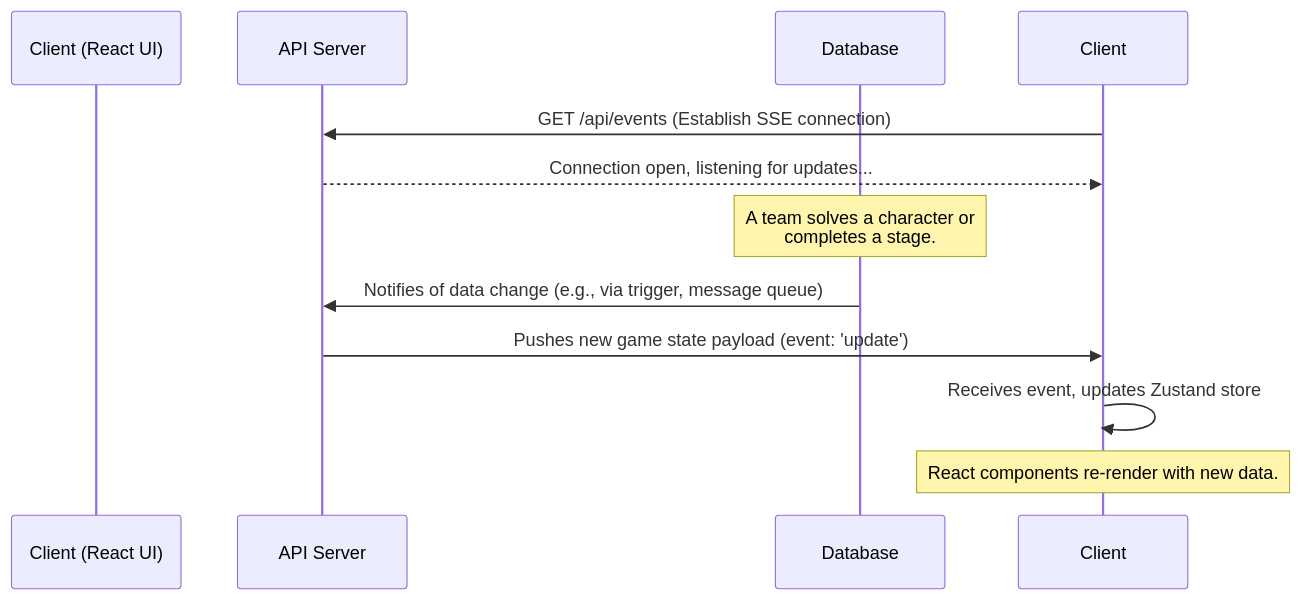
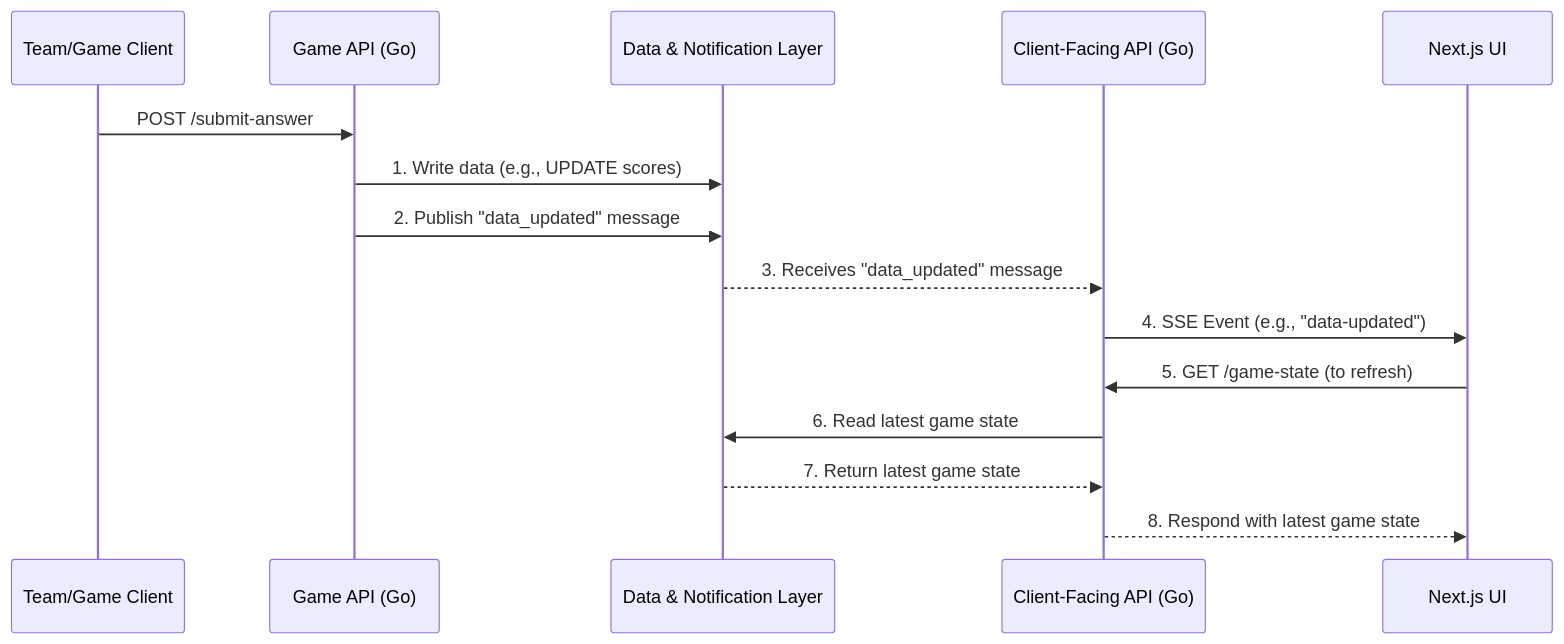
The diagram in docs/architectural_plan.md (rowanalker-bet365/guesswhoui), drawn with Mermaid before and after one commit. The commit also changed other lines of this file and 38 other files, not shown here.

Commit message:
initial-1: Team page and api fixes

````diff
--- a/docs/architectural_plan.md
+++ b/docs/architectural_plan.md
@@ -24,16 +20,18 @@
 ```mermaid
 sequenceDiagram
-    participant Client (React UI)
-    participant API Server
-    participant Database
+    participant TeamClient as Team/Game Client
+    participant GameAPI as Game API (Go)
+    participant PubSub as Data & Notification Layer
+    participant ClientAPI as Client-Facing API (Go)
+    participant UI as Next.js UI
 
-    Client->>API Server: GET /api/events (Establish SSE connection)
-    API Server-->>Client: Connection open, listening for updates...
-
-    Note over Database: A team solves a character or<br/>completes a stage.
-
-    Database->>API Server: Notifies of data change (e.g., via trigger, message queue)
-    API Server->>Client: Pushes new game state payload (event: 'update')
-    Client->>Client: Receives event, updates Zustand store
-    Note over Client: React components re-render with new data.
+    TeamClient->>GameAPI: POST /submit-answer
+    GameAPI->>PubSub: 1. Write data (e.g., UPDATE scores)
+    GameAPI->>PubSub: 2. Publish "data_updated" message
+    PubSub-->>ClientAPI: 3. Receives "data_updated" message
+    ClientAPI->>UI: 4. SSE Event (e.g., "data-updated")
+    UI->>ClientAPI: 5. GET /game-state (to refresh)
+    ClientAPI->>PubSub: 6. Read latest game state
+    PubSub-->>ClientAPI: 7. Return latest game state
+    ClientAPI-->>UI: 8. Respond with latest game state
 ```
````
